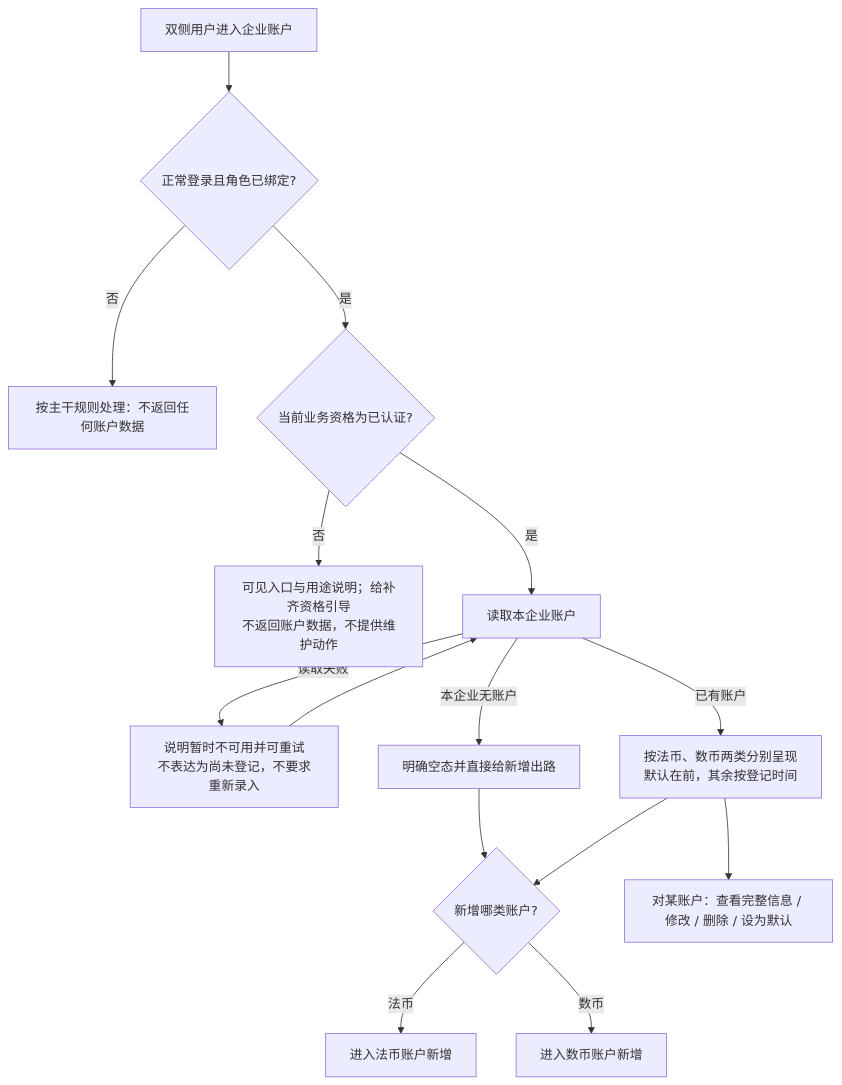
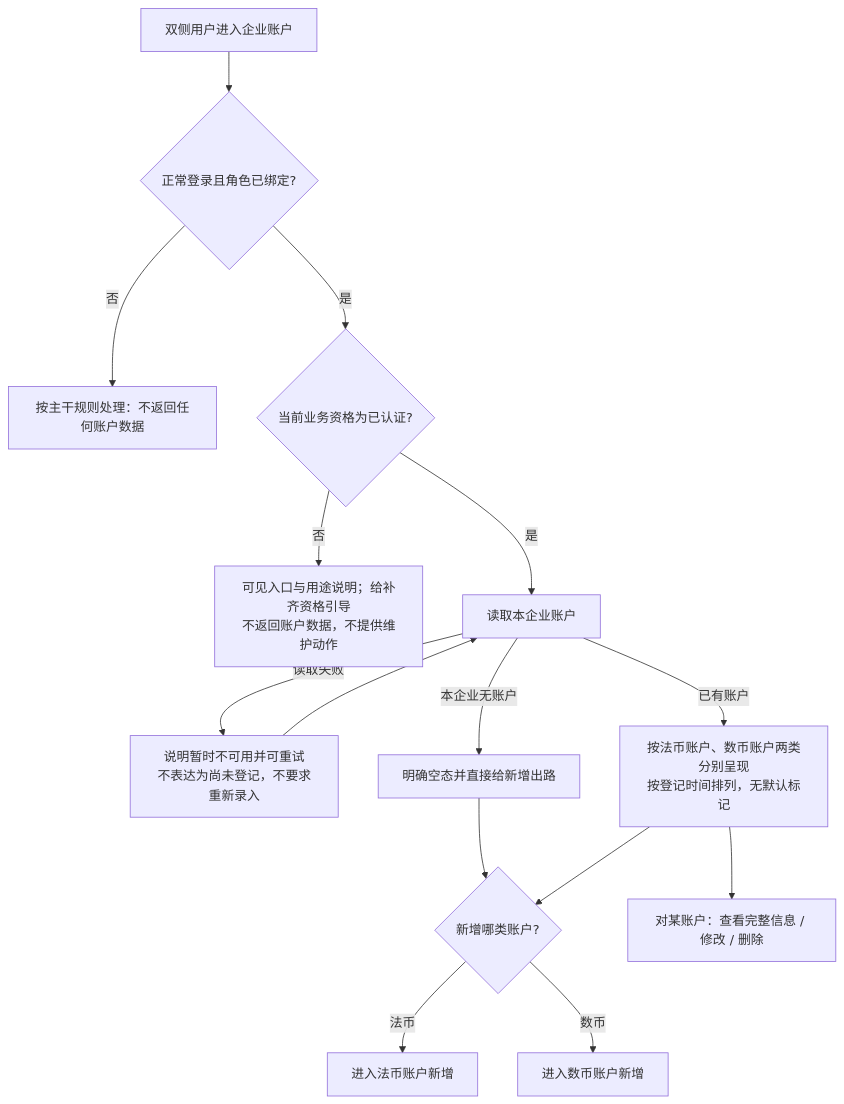
Before and after one commit to wxblockchain/Chain-Financing: the first of 7 diagrams in lending-platform/PRD/面客端/03-企业账户/02-企业账户-流程图与状态机.md, drawn with Mermaid. The commit also changed other lines of this file and 15 other files, not shown here.

````diff
--- a/lending-platform/PRD/面客端/03-企业账户/02-企业账户-流程图与状态机.md
+++ b/lending-platform/PRD/面客端/03-企业账户/02-企业账户-流程图与状态机.md
@@ -14,17 +14,17 @@
 ```mermaid
 flowchart TD
     A[双侧用户进入企业账户] --> B{正常登录且角色已绑定?}
     B -->|否| C[按主干规则处理：不返回任何账户数据]
     B -->|是| D{当前业务资格为已认证?}
     D -->|否| E[可见入口与用途说明；给补齐资格引导<br/>不返回账户数据，不提供维护动作]
     D -->|是| F[读取本企业账户]
     F -->|读取失败| G[说明暂时不可用并可重试<br/>不表达为尚未登记，不要求重新录入]
     G --> F
     F -->|本企业无账户| H[明确空态并直接给新增出路]
-    F -->|已有账户| I[按法币、数币两类分别呈现<br/>默认在前，其余按登记时间]
+    F -->|已有账户| I[按法币账户、数币账户两类分别呈现<br/>按登记时间排列，无默认标记]
     H --> J{新增哪类账户?}
     I --> J
-    I --> K[对某账户：查看完整信息 / 修改 / 删除 / 设为默认]
+    I --> K[对某账户：查看完整信息 / 修改 / 删除]
     J -->|法币| L[进入法币账户新增]
     J -->|数币| M[进入数币账户新增]
 ```
````
